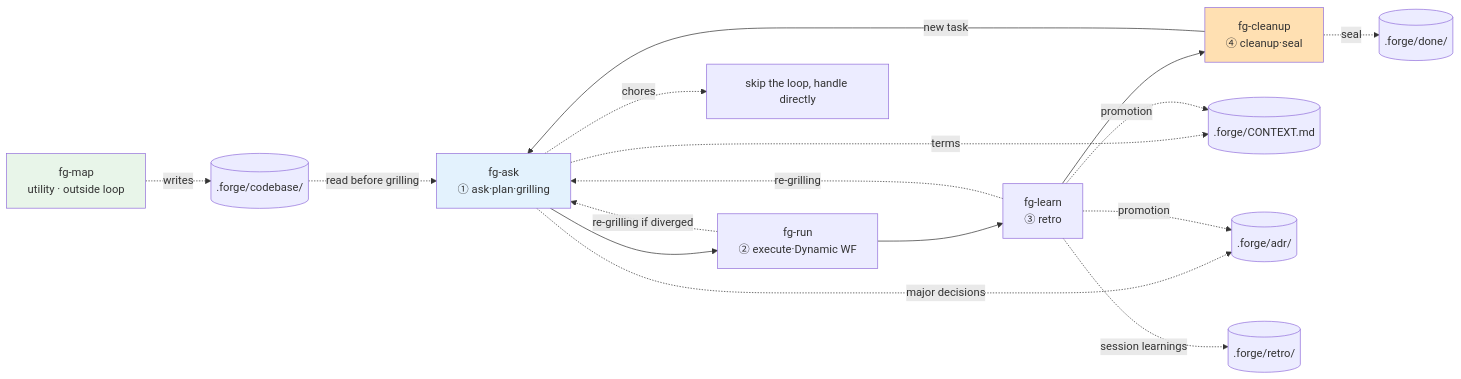
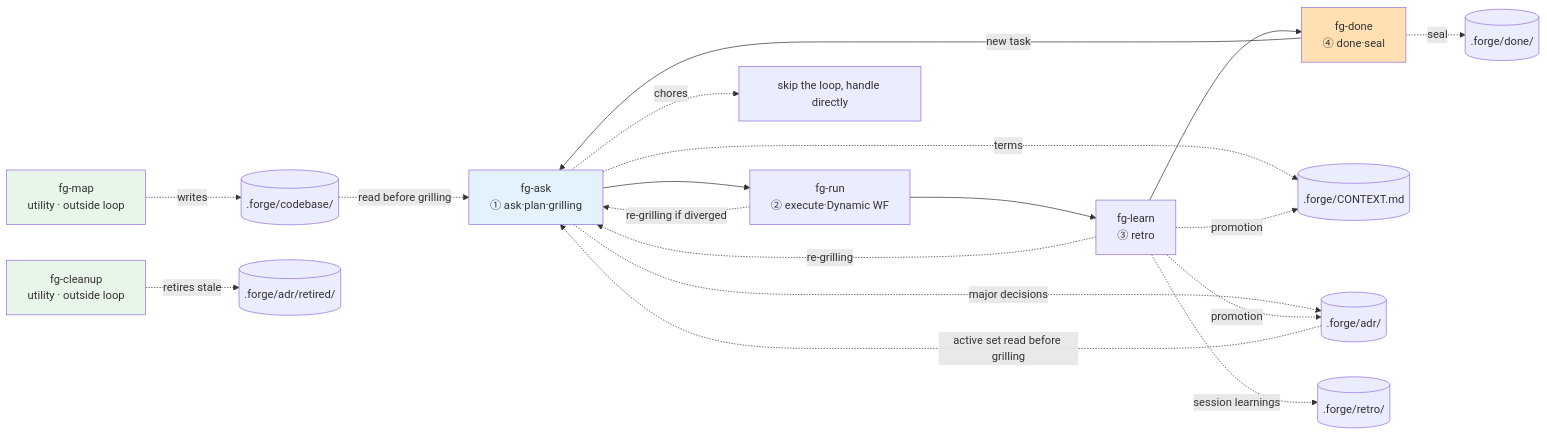
The diagram in README.md (gyuha/forge), drawn with Mermaid before and after one commit. The commit also changed other lines of this file and 25 other files, not shown here.

First line of the commit message:
feat(forge): fg-cleanup→fg-done 개명 + 신규 fg-cleanup(ADR 은퇴), 브랜치 격리·fg-merge, fg-next all 회고 항상 skip + /goal 무인완주, ④단계 done 통일

````diff
--- a/README.md
+++ b/README.md
@@ -37,21 +39,24 @@
 ```mermaid
 flowchart LR
     A[fg-ask<br/>① ask·plan·grilling] --> E[fg-run<br/>② execute·Dynamic WF]
     E --> L[fg-learn<br/>③ retro]
-    L --> C[fg-cleanup<br/>④ cleanup·seal]
+    L --> C[fg-done<br/>④ done·seal]
     E -.re-grilling if diverged.-> A
     L -.re-grilling.-> A
     C -->|new task| A
     A -.chores.-> X[skip the loop, handle directly]
     A -.terms.-> CTX[(.forge/CONTEXT.md)]
     A -.major decisions.-> ADR[(.forge/adr/)]
     L -.promotion.-> CTX
     L -.promotion.-> ADR
     L -.session learnings.-> RETRO[(.forge/retro/)]
     C -.seal.-> DONE[(.forge/done/)]
     MAP[fg-map<br/>utility · outside loop] -.writes.-> CB[(.forge/codebase/)]
     CB -.read before grilling.-> A
+    CLEAN[fg-cleanup<br/>utility · outside loop] -.retires stale.-> ADRRET[(.forge/adr/retired/)]
+    ADR -.active set read before grilling.-> A
     style A fill:#e3f2fd
     style C fill:#ffe0b2
     style MAP fill:#e8f5e9
+    style CLEAN fill:#e8f5e9
 ```
````
